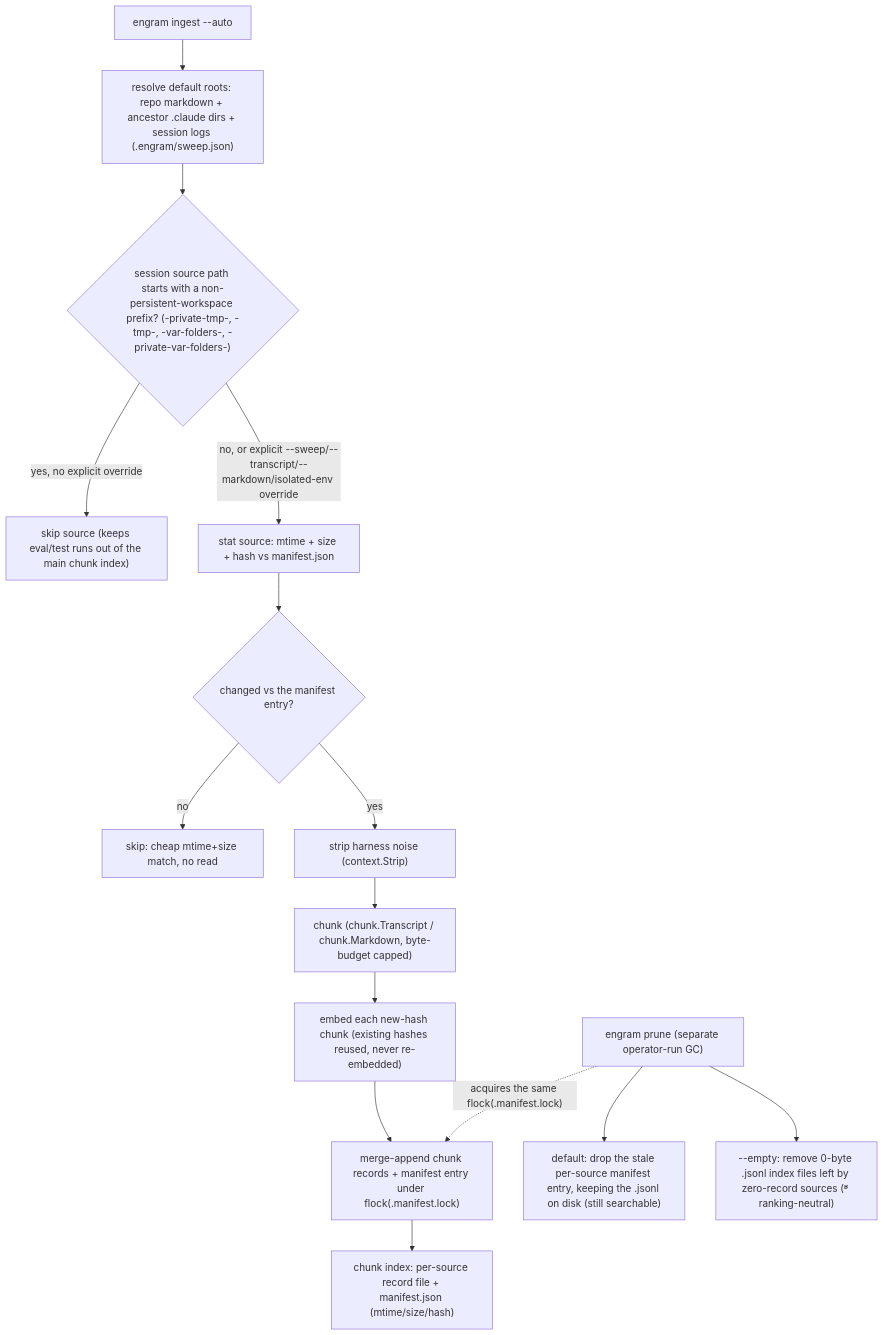
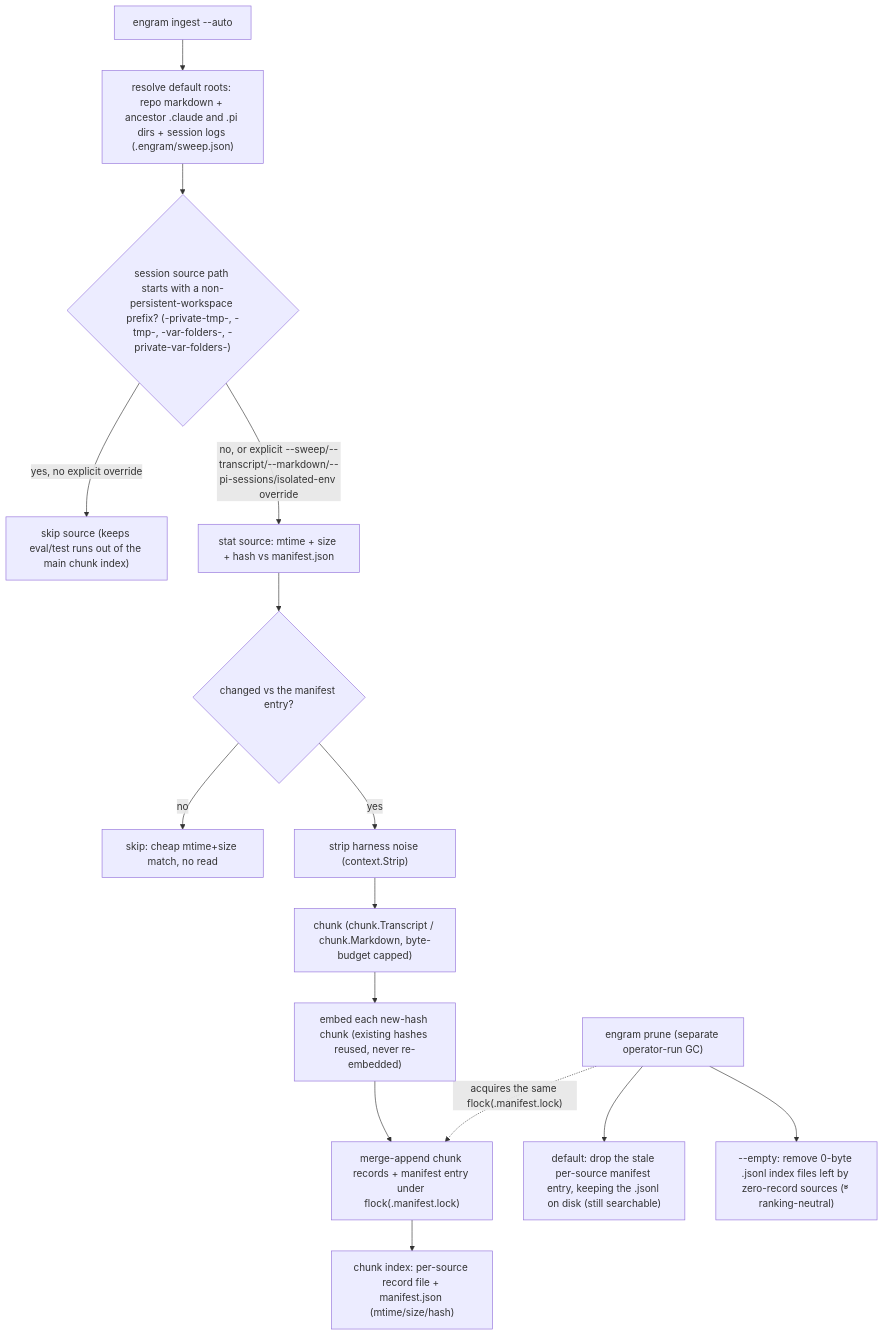
One commit to toejough/engram changed the second of 8 diagrams in docs/architecture/c2-containers.md. Above: the diagram before and after it, drawn with Mermaid. The commit also changed other lines of this file and 10 other files, not shown here.

First line of the commit message:
docs: pi is a first-class harness across READMEs, glossary, roadmap, C1-C3

````diff
--- a/docs/architecture/c2-containers.md
+++ b/docs/architecture/c2-containers.md
@@ -58,18 +58,18 @@
 ```mermaid
 flowchart TD
-    A["engram ingest --auto"] --> B["resolve default roots: repo markdown + ancestor .claude dirs + session logs (.engram/sweep.json)"]
+    A["engram ingest --auto"] --> B["resolve default roots: repo markdown + ancestor .claude and .pi dirs + session logs (.engram/sweep.json)"]
     B --> C{"session source path starts with a non-persistent-workspace prefix? (-private-tmp-, -tmp-, -var-folders-, -private-var-folders-)"}
     C -->|"yes, no explicit override"| SK["skip source (keeps eval/test runs out of the main chunk index)"]
-    C -->|"no, or explicit --sweep/--transcript/--markdown/isolated-env override"| D["stat source: mtime + size + hash vs manifest.json"]
+    C -->|"no, or explicit --sweep/--transcript/--markdown/--pi-sessions/isolated-env override"| D["stat source: mtime + size + hash vs manifest.json"]
     D --> E{"changed vs the manifest entry?"}
     E -->|no| SK2["skip: cheap mtime+size match, no read"]
     E -->|yes| F["strip harness noise (context.Strip)"]
     F --> G["chunk (chunk.Transcript / chunk.Markdown, byte-budget capped)"]
     G --> H["embed each new-hash chunk (existing hashes reused, never re-embedded)"]
     H --> I["merge-append chunk records + manifest entry under flock(.manifest.lock)"]
     I --> J["chunk index: per-source record file + manifest.json (mtime/size/hash)"]
 
     P["engram prune (separate operator-run GC)"] -.->|"acquires the same flock(.manifest.lock)"| I
     P --> Q["default: drop the stale per-source manifest entry, keeping the .jsonl on disk (still searchable)"]
     P --> Qe["--empty: remove 0-byte .jsonl index files left by zero-record sources (#694; ranking-neutral)"]
 ```
````
